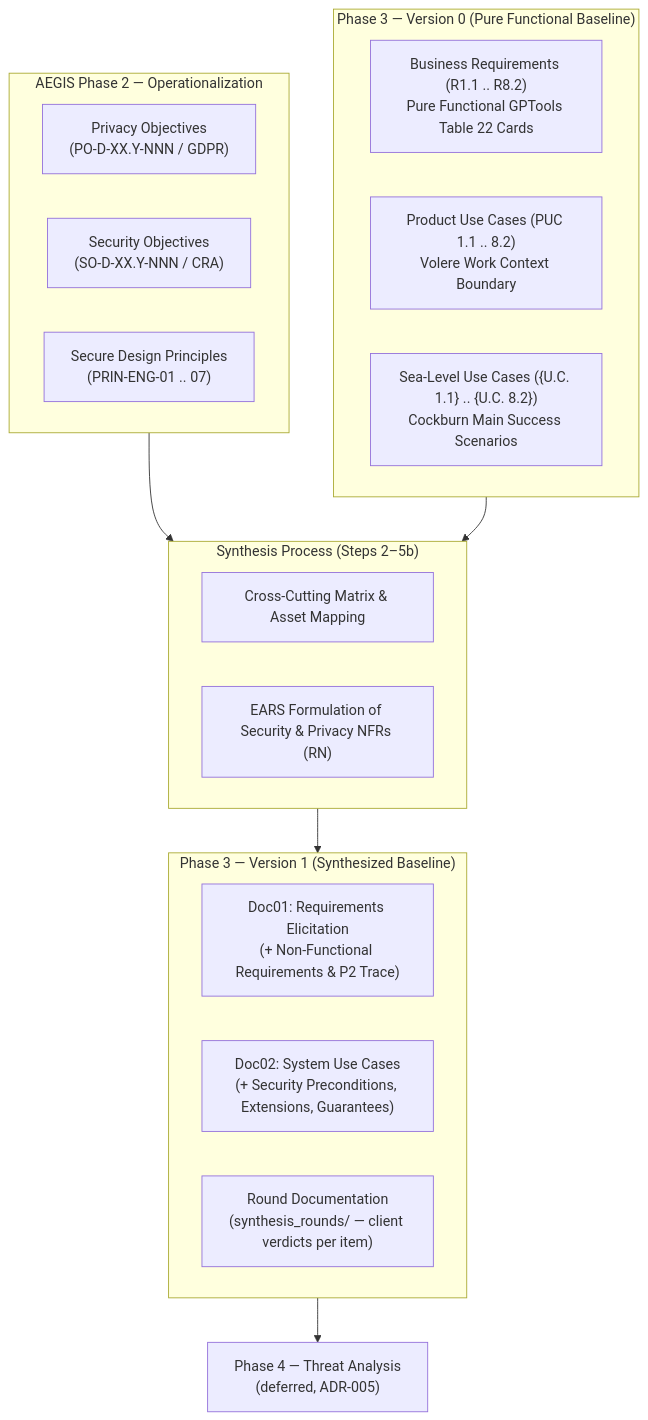
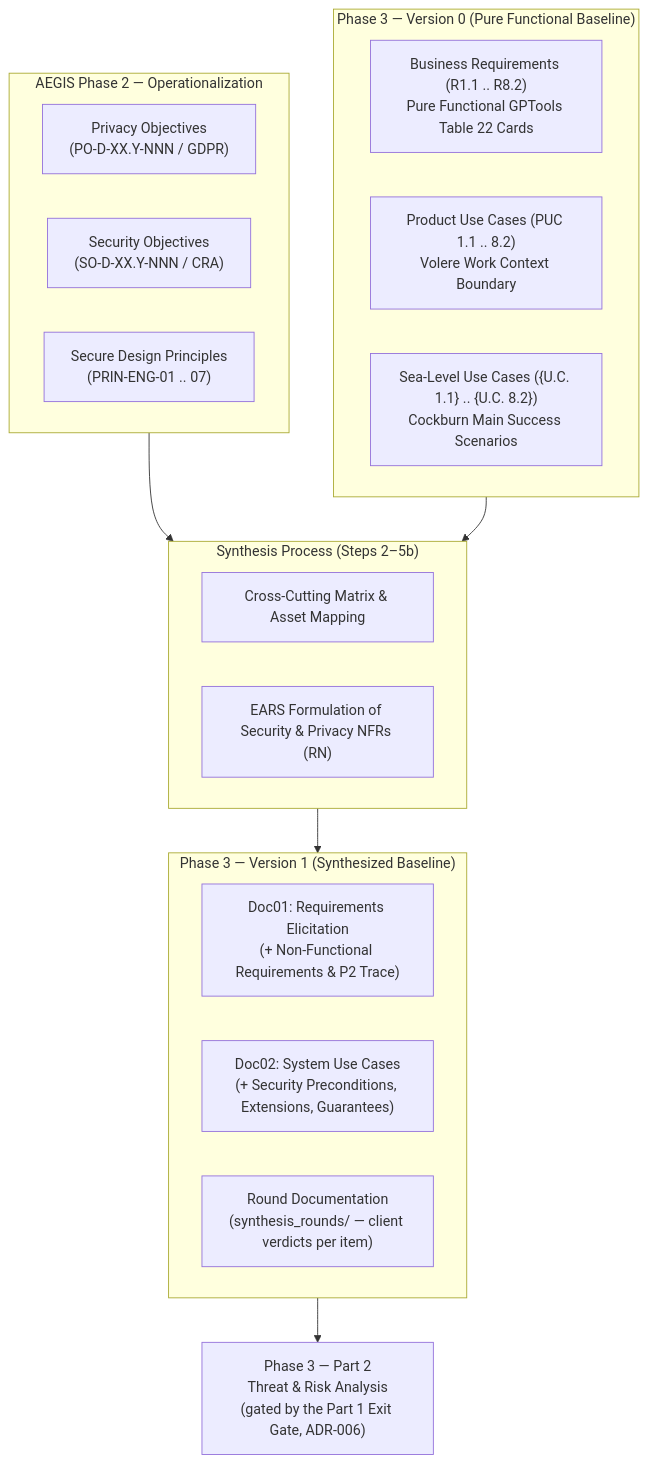
One commit to pauloribeiro16/aegis-mvp changed the diagram in cases/Case_01_TinyTask_SaaS/03_PHASE3_SPEC/PHASE3_PROCESS_AND_METHODOLOGY.md. Above: the diagram before and after it, drawn with Mermaid. The commit also changed other lines of this file and 14 other files, not shown here.

First line of the commit message:
feat(phase3-case01): v2 folder, V1→V2 transition dossier, Part 1 Exit Gate, Part 2 skeleton

````diff
--- a/cases/Case_01_TinyTask_SaaS/03_PHASE3_SPEC/PHASE3_PROCESS_AND_METHODOLOGY.md
+++ b/cases/Case_01_TinyTask_SaaS/03_PHASE3_SPEC/PHASE3_PROCESS_AND_METHODOLOGY.md
@@ -113,30 +113,30 @@
 ```mermaid
 flowchart TD
     subgraph P2["AEGIS Phase 2 — Operationalization"]
         PO["Privacy Objectives<br>(PO-D-XX.Y-NNN / GDPR)"]
         SO["Security Objectives<br>(SO-D-XX.Y-NNN / CRA)"]
         ENG["Secure Design Principles<br>(PRIN-ENG-01 .. 07)"]
     end
 
     subgraph P3_V0["Phase 3 — Version 0 (Pure Functional Baseline)"]
         R_V0["Business Requirements (R1.1 .. R8.2)<br>Pure Functional GPTools Table 22 Cards"]
         PUC_V0["Product Use Cases (PUC 1.1 .. 8.2)<br>Volere Work Context Boundary"]
         UC_V0["Sea-Level Use Cases ({U.C. 1.1} .. {U.C. 8.2})<br>Cockburn Main Success Scenarios"]
     end
 
     subgraph Synth["Synthesis Process (Steps 2–5b)"]
         Matrix["Cross-Cutting Matrix & Asset Mapping"]
         EARS["EARS Formulation of Security & Privacy NFRs (RN)"]
     end
 
     subgraph P3_V1["Phase 3 — Version 1 (Synthesized Baseline)"]
         Doc01_V1["Doc01: Requirements Elicitation<br>(+ Non-Functional Requirements & P2 Trace)"]
         Doc02_V1["Doc02: System Use Cases<br>(+ Security Preconditions, Extensions, Guarantees)"]
         Round_Notes["Round Documentation<br>(synthesis_rounds/ — client verdicts per item)"]
     end
 
     P2 --> Synth
     P3_V0 --> Synth
     Synth --> P3_V1
-    P3_V1 --> P4["Phase 4 — Threat Analysis<br>(deferred, ADR-005)"]
+    P3_V1 --> P3P2["Phase 3 — Part 2<br>Threat & Risk Analysis<br>(gated by the Part 1 Exit Gate, ADR-006)"]
 ```
````
